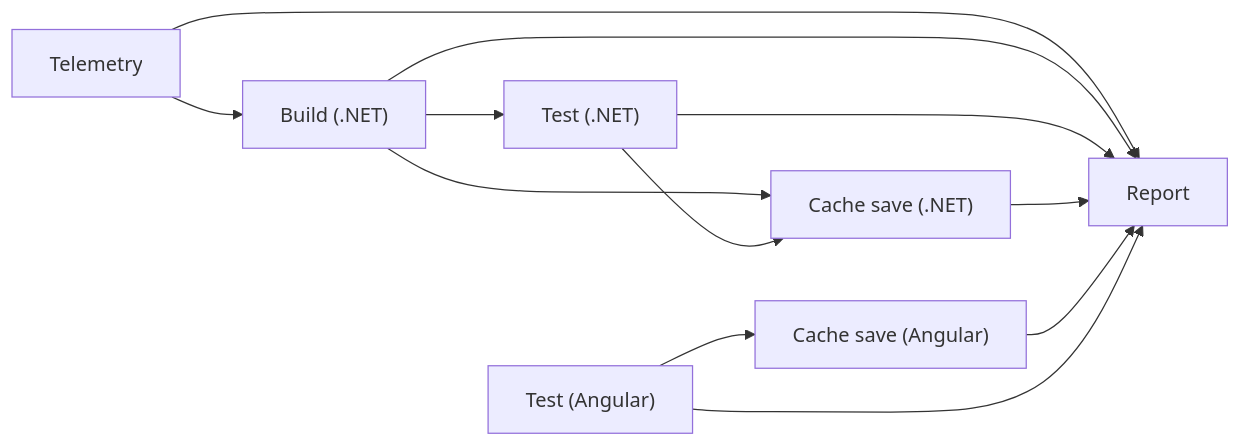
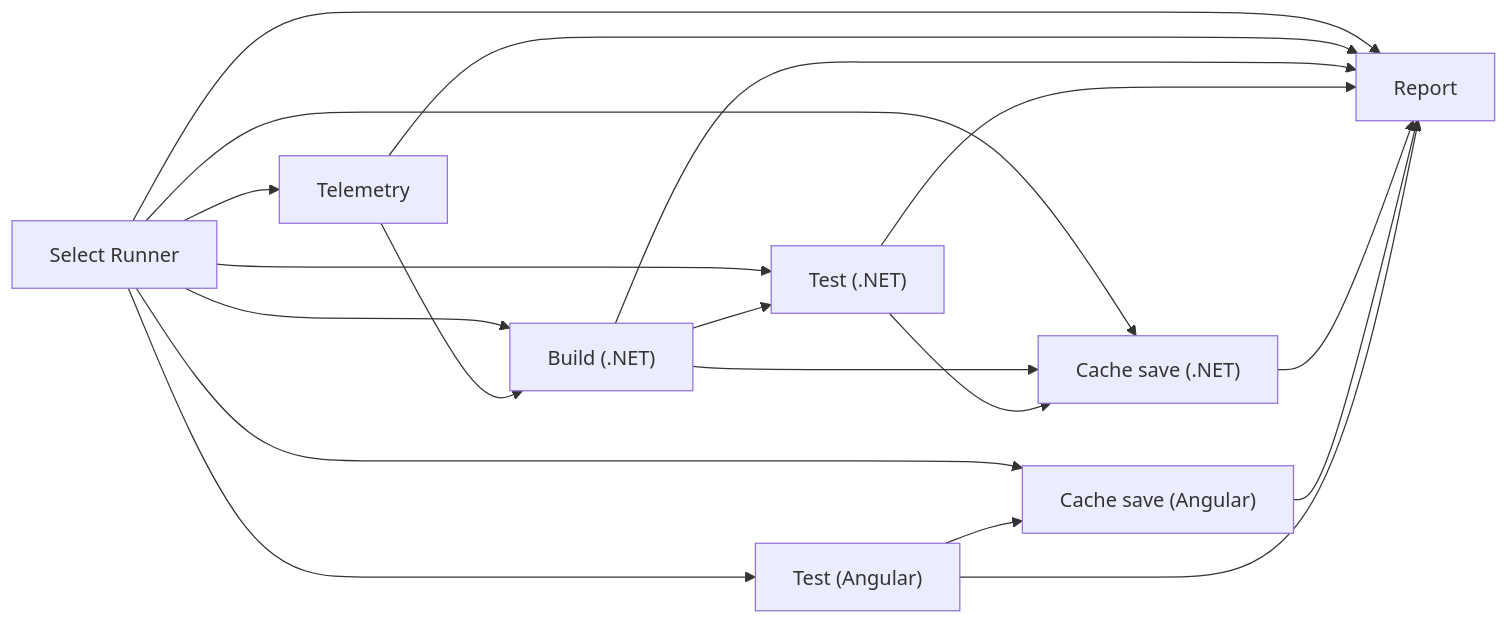
One commit to ugritchaichana/booth-homelab changed the second of 2 diagrams in wiki/04-SDET-Transitive-Affected-Testing.md. Above: the diagram before and after it, drawn with Mermaid. The commit also changed other lines of this file, not shown here.

Commit message:
fix: draw the select-runner job in the pipeline diagram
Every job of the reusable pipeline needs select-runner; the diagram now shows it instead of a note (release re-audit).

````diff
--- a/wiki/04-SDET-Transitive-Affected-Testing.md
+++ b/wiki/04-SDET-Transitive-Affected-Testing.md
@@ -42,14 +42,15 @@
 ```mermaid
 graph LR
-    T["Telemetry"] --> B["Build (.NET)"]
+    S["Select Runner"] --> T["Telemetry"] & B["Build (.NET)"] & TD["Test (.NET)"] & CS["Cache save (.NET)"] & A["Test (Angular)"] & AS["Cache save (Angular)"] & R["Report"]
+    T --> B
     B --> TD["Test (.NET)"]
     B --> CS["Cache save (.NET)"]
     TD --> CS
     A["Test (Angular)"] --> AS["Cache save (Angular)"]
     T --> R["Report"]
     B --> R
     TD --> R
     CS --> R
     AS --> R
     A --> R
 ```
````
